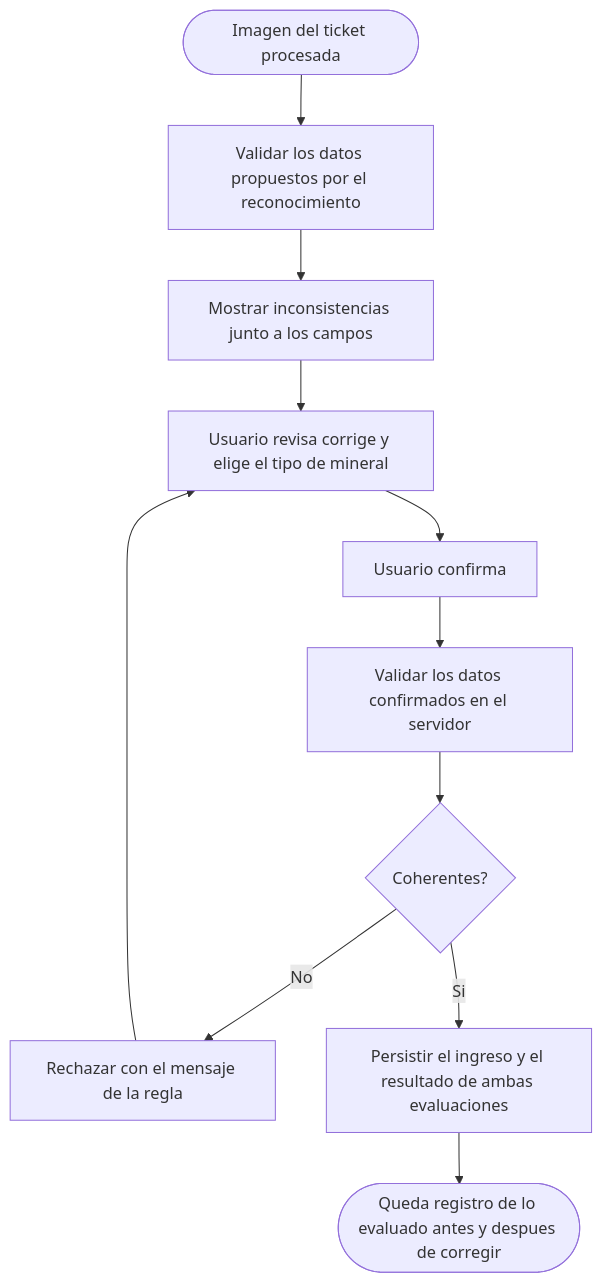
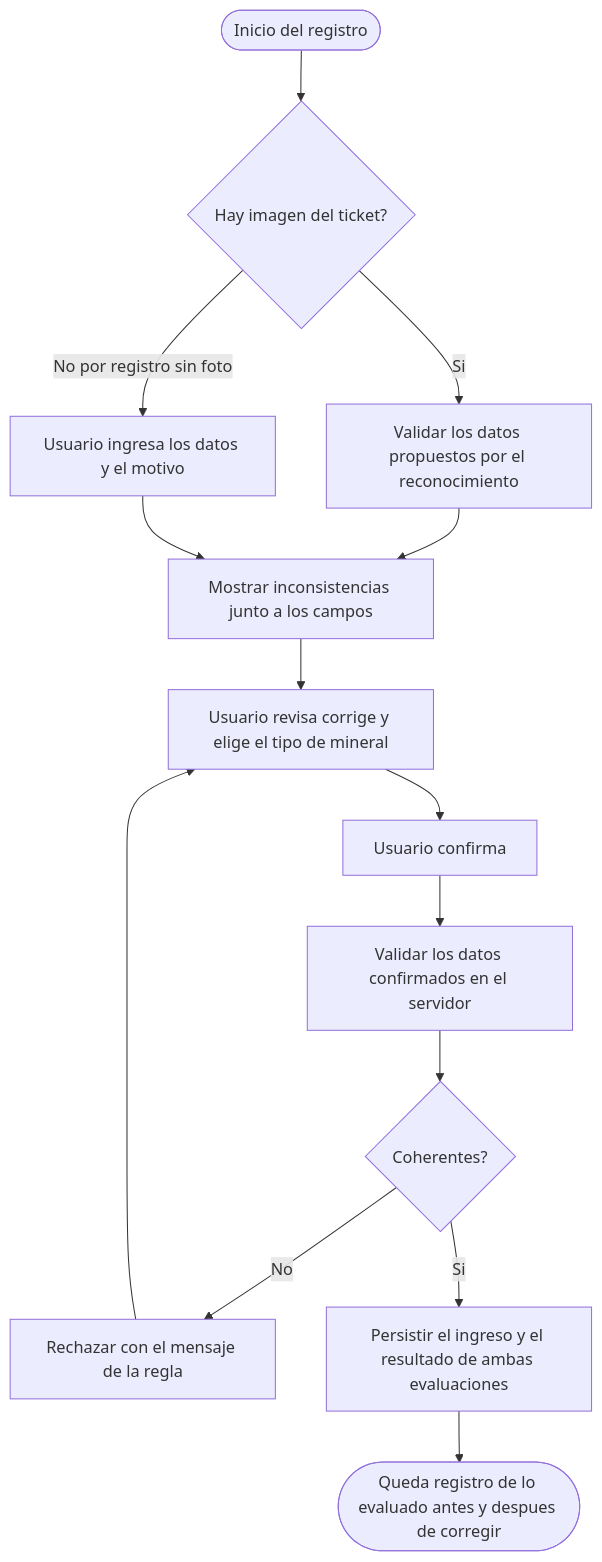
The third of 3 diagrams in docs/modulos/M05-validacion/diagramas/actividades.md (adlerOmonte1/LogisticaMinera), drawn with Mermaid before and after one commit. The commit also changed other lines of this file and 4 other files, not shown here.

````diff
--- a/docs/modulos/M05-validacion/diagramas/actividades.md
+++ b/docs/modulos/M05-validacion/diagramas/actividades.md
@@ -56,13 +56,16 @@
 ```mermaid
 flowchart TD
-    I([Imagen del ticket procesada]) --> V1[Validar los datos propuestos por el reconocimiento]
+    I([Inicio del registro]) --> D0{Hay imagen del ticket?}
+    D0 -->|Si| V1[Validar los datos propuestos por el reconocimiento]
     V1 --> M1[Mostrar inconsistencias junto a los campos]
+    D0 -->|No por registro sin foto| L0[Usuario ingresa los datos y el motivo]
+    L0 --> M1
     M1 --> L1[Usuario revisa corrige y elige el tipo de mineral]
     L1 --> A1[Usuario confirma]
     A1 --> V2[Validar los datos confirmados en el servidor]
     V2 --> D1{Coherentes?}
     D1 -->|No| M2[Rechazar con el mensaje de la regla]
     M2 --> L1
     D1 -->|Si| P1[Persistir el ingreso y el resultado de ambas evaluaciones]
     P1 --> F([Queda registro de lo evaluado antes y despues de corregir])
 ```
````
